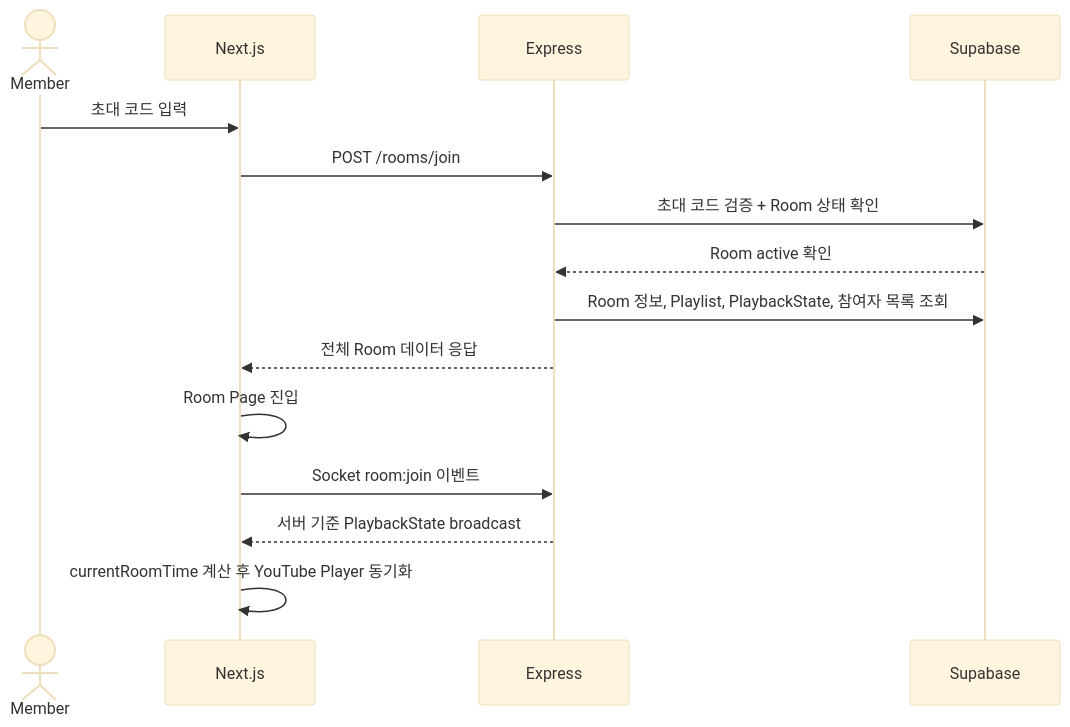
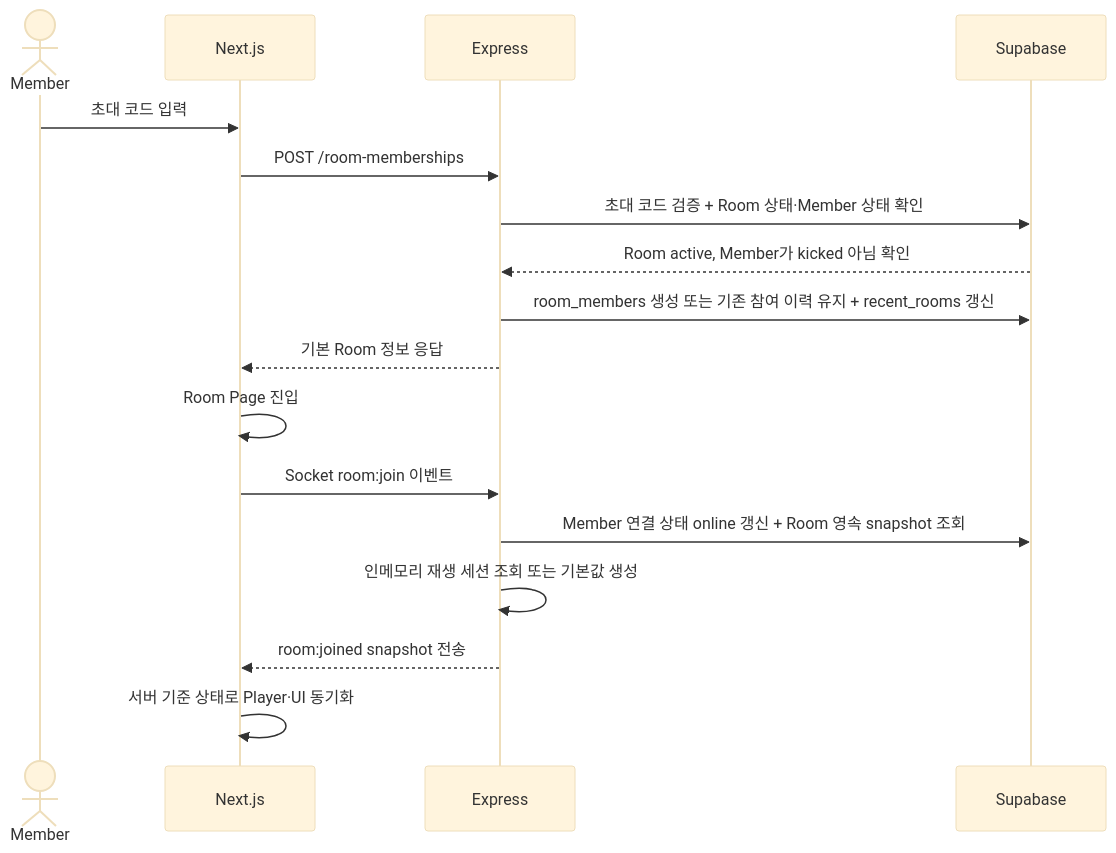
Before and after one commit to TechUP-SYFITY/SYFITY: the third of 11 diagrams in docs/02-system-architecture.md, drawn with Mermaid (base theme). The commit also changed other lines of this file and 11 other files, not shown here.

````diff
--- a/docs/02-system-architecture.md
+++ b/docs/02-system-architecture.md
@@ -362,18 +403,20 @@
 ```mermaid
 sequenceDiagram
     actor Member
     participant FE as Next.js
     participant BE as Express
     participant DB as Supabase
 
     Member->>FE: 초대 코드 입력
-    FE->>BE: POST /rooms/join
-    BE->>DB: 초대 코드 검증 + Room 상태 확인
-    DB-->>BE: Room active 확인
-    BE->>DB: Room 정보, Playlist, PlaybackState, 참여자 목록 조회
-    BE-->>FE: 전체 Room 데이터 응답
+    FE->>BE: POST /room-memberships
+    BE->>DB: 초대 코드 검증 + Room 상태·Member 상태 확인
+    DB-->>BE: Room active, Member가 kicked 아님 확인
+    BE->>DB: room_members 생성 또는 기존 참여 이력 유지 + recent_rooms 갱신
+    BE-->>FE: 기본 Room 정보 응답
     FE->>FE: Room Page 진입
     FE->>BE: Socket room:join 이벤트
-    BE-->>FE: 서버 기준 PlaybackState broadcast
-    FE->>FE: currentRoomTime 계산 후 YouTube Player 동기화
+    BE->>DB: Member 연결 상태 online 갱신 + Room 영속 snapshot 조회
+    BE->>BE: 인메모리 재생 세션 조회 또는 기본값 생성
+    BE-->>FE: room:joined snapshot 전송
+    FE->>FE: 서버 기준 상태로 Player·UI 동기화
 ```
````
